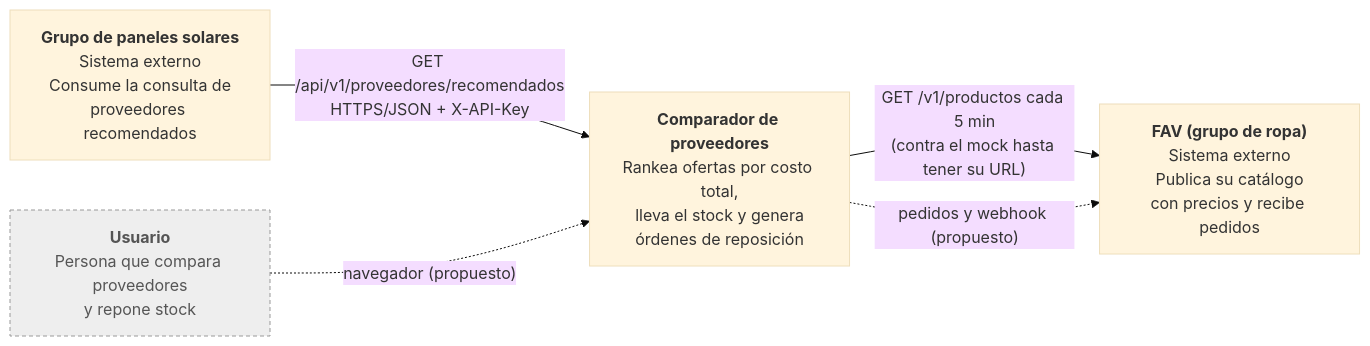
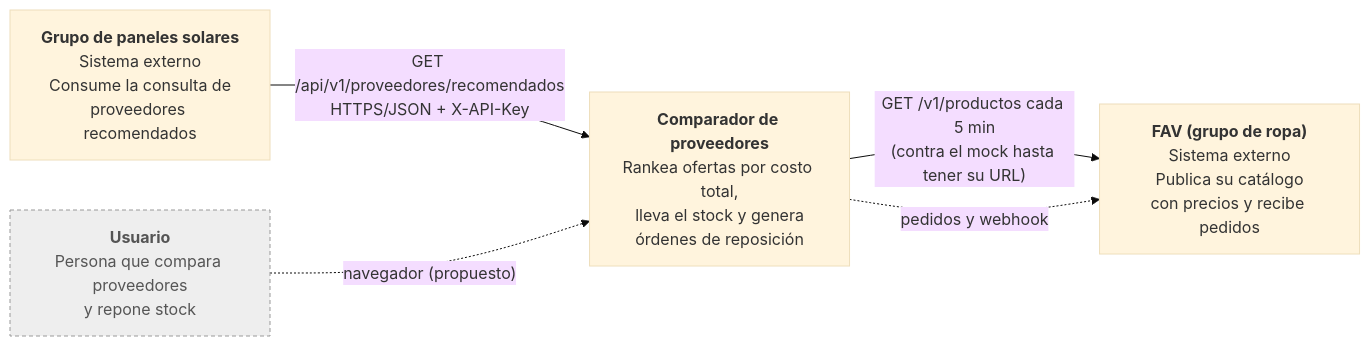
Before and after one commit to matiasdemetriorufeil/arq-soft-proveedores: the first of 3 diagrams in docs/ARCHITECTURE.md, drawn with Mermaid (base theme). The commit also changed other lines of this file and 99 other files, not shown here.

````diff
--- a/docs/ARCHITECTURE.md
+++ b/docs/ARCHITECTURE.md
@@ -32,16 +32,16 @@
 ```mermaid
 flowchart LR
     paneles["<b>Grupo de paneles solares</b><br/>Sistema externo<br/>Consume la consulta de<br/>proveedores recomendados"]
     usuario["<b>Usuario</b><br/>Persona que compara proveedores<br/>y repone stock"]
     ropa["<b>FAV (grupo de ropa)</b><br/>Sistema externo<br/>Publica su catálogo<br/>con precios y recibe pedidos"]
 
     sistema["<b>Comparador de proveedores</b><br/>Rankea ofertas por costo total,<br/>lleva el stock y genera<br/>órdenes de reposición"]
 
     paneles -- "GET /api/v1/proveedores/recomendados<br/>HTTPS/JSON + X-API-Key" --> sistema
     usuario -. "navegador (propuesto)" .-> sistema
     sistema -- "GET /v1/productos cada 5 min<br/>(contra el mock hasta tener su URL)" --> ropa
-    sistema -. "pedidos y webhook (propuesto)" .-> ropa
+    sistema -. "pedidos y webhook" .-> ropa
 
     classDef propuesto fill:#eeeeee,stroke:#999999,stroke-dasharray: 4 3,color:#555555
     class usuario propuesto
 ```
````
